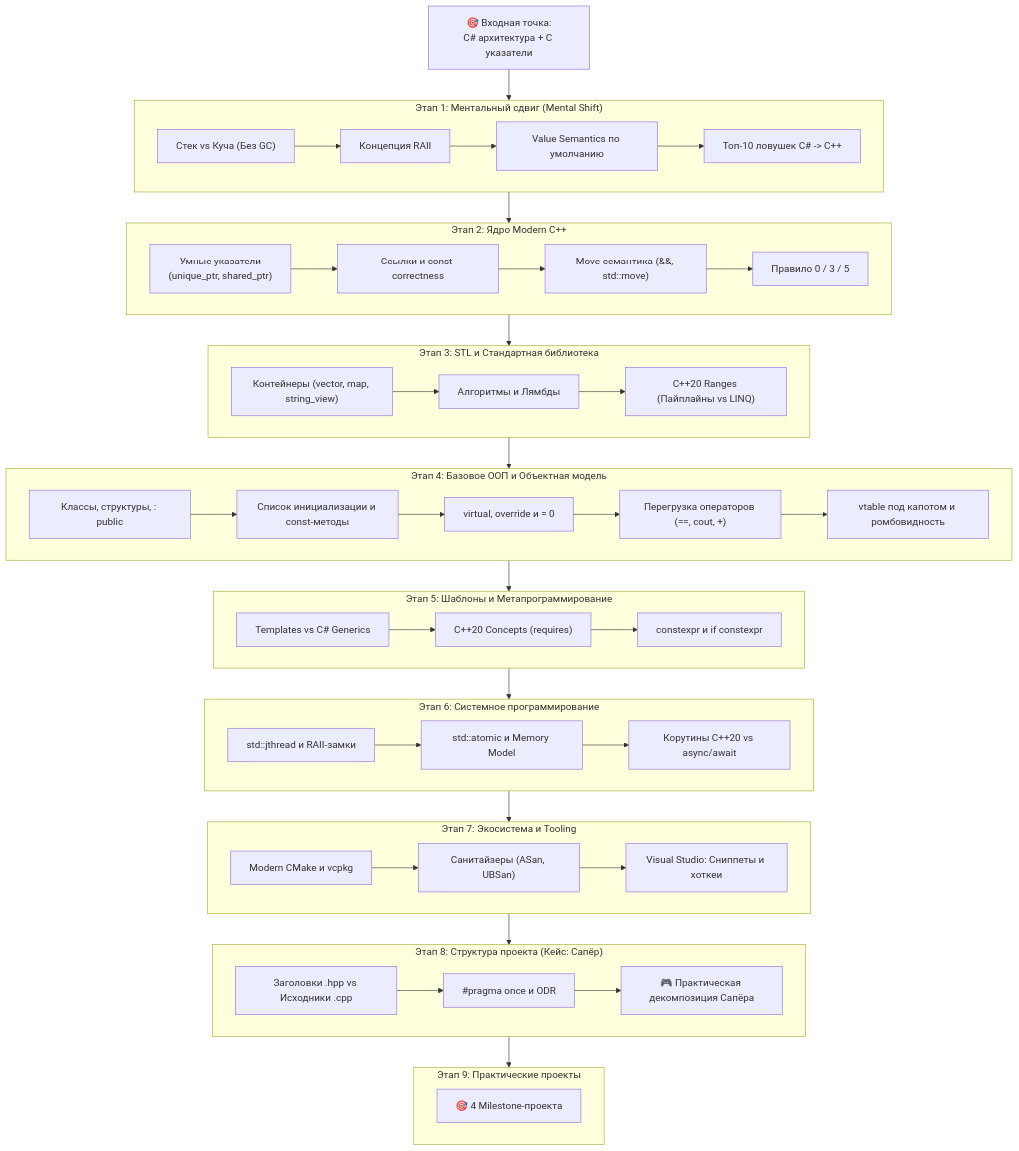
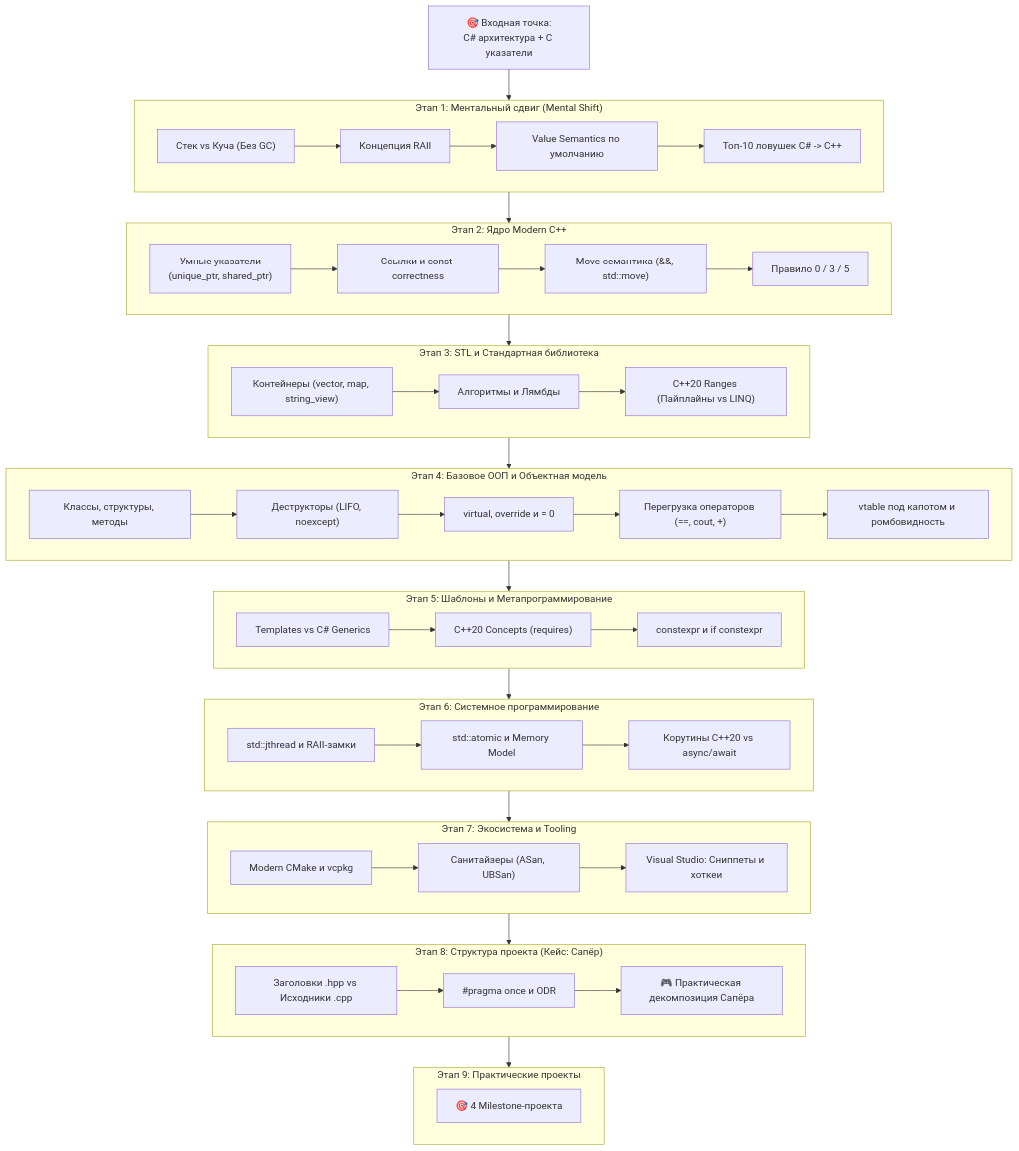
The diagram in README.md (Irus07/CppRoadMap), drawn with Mermaid before and after one commit. The commit also changed other lines of this file and 5 other files, not shown here.

Commit message:
Add complete guide on destructors: determinism, LIFO order, virtual destructors, and noexcept

````diff
--- a/README.md
+++ b/README.md
@@ -14,68 +14,68 @@
 ```mermaid
 flowchart TD
     Start["🎯 Входная точка:<br/>C# архитектура + C указатели"] --> Phase1
     
     subgraph Phase1["Этап 1: Ментальный сдвиг (Mental Shift)"]
         A1["Стек vs Куча (Без GC)"] --> A2["Концепция RAII"]
         A2 --> A3["Value Semantics по умолчанию"]
         A3 --> A4["Топ-10 ловушек C# -> C++"]
     end
 
     Phase1 --> Phase2
 
     subgraph Phase2["Этап 2: Ядро Modern C++"]
         B1["Умные указатели<br/>(unique_ptr, shared_ptr)"] --> B2["Ссылки и const-correctness"]
         B2 --> B3["Move-семантика (&&, std::move)"]
         B3 --> B4["Правило 0 / 3 / 5"]
     end
 
     Phase2 --> Phase3
 
     subgraph Phase3["Этап 3: STL и Стандартная библиотека"]
         C1["Контейнеры (vector, map, string_view)"] --> C2["Алгоритмы и Лямбды"]
         C2 --> C3["C++20 Ranges (Пайплайны vs LINQ)"]
     end
 
     Phase3 --> Phase4
 
     subgraph Phase4["Этап 4: Базовое ООП и Объектная модель"]
-        D1["Классы, структуры, : public"] --> D2["Список инициализации и const-методы"]
+        D1["Классы, структуры, методы"] --> D2["Деструкторы (LIFO, noexcept)"]
         D2 --> D3["virtual, override и = 0"]
         D3 --> D4["Перегрузка операторов (==, cout, +)"]
         D4 --> D5["vtable под капотом и ромбовидность"]
     end
 
     Phase4 --> Phase5
 
     subgraph Phase5["Этап 5: Шаблоны и Метапрограммирование"]
         E1["Templates vs C# Generics"] --> E2["C++20 Concepts (requires)"]
         E2 --> E3["constexpr и if constexpr"]
     end
 
     Phase5 --> Phase6
 
     subgraph Phase6["Этап 6: Системное программирование"]
         F1["std::jthread и RAII-замки"] --> F2["std::atomic и Memory Model"]
         F2 --> F3["Корутины C++20 vs async/await"]
     end
 
     Phase6 --> Phase7
 
     subgraph Phase7["Этап 7: Экосистема и Tooling"]
         G1["Modern CMake и vcpkg"] --> G2["Санитайзеры (ASan, UBSan)"]
         G2 --> G3["Visual Studio: Сниппеты и хоткеи"]
     end
 
     Phase7 --> Phase8
 
     subgraph Phase8["Этап 8: Структура проекта (Кейс: Сапёр)"]
         H1["Заголовки .hpp vs Исходники .cpp"] --> H2["#pragma once и ODR"]
         H2 --> H3["🎮 Практическая декомпозиция Сапёра"]
     end
 
     Phase8 --> Phase9
 
     subgraph Phase9["Этап 9: Практические проекты"]
         I1["🎯 4 Milestone-проекта"]
     end
 ```
````
